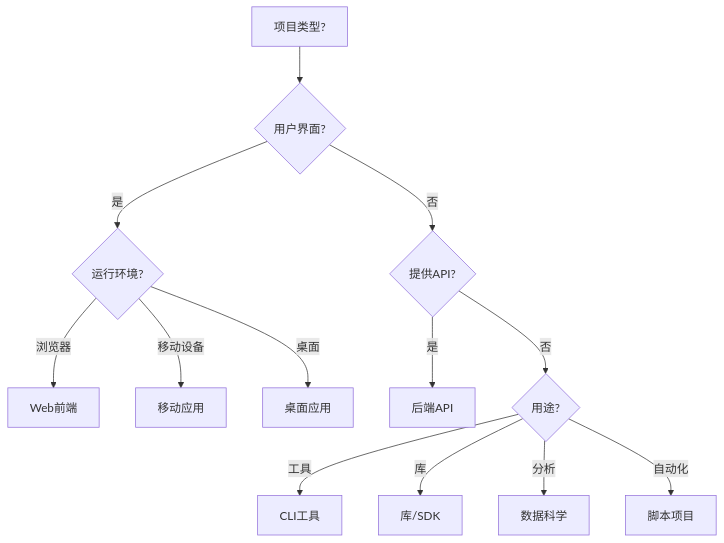
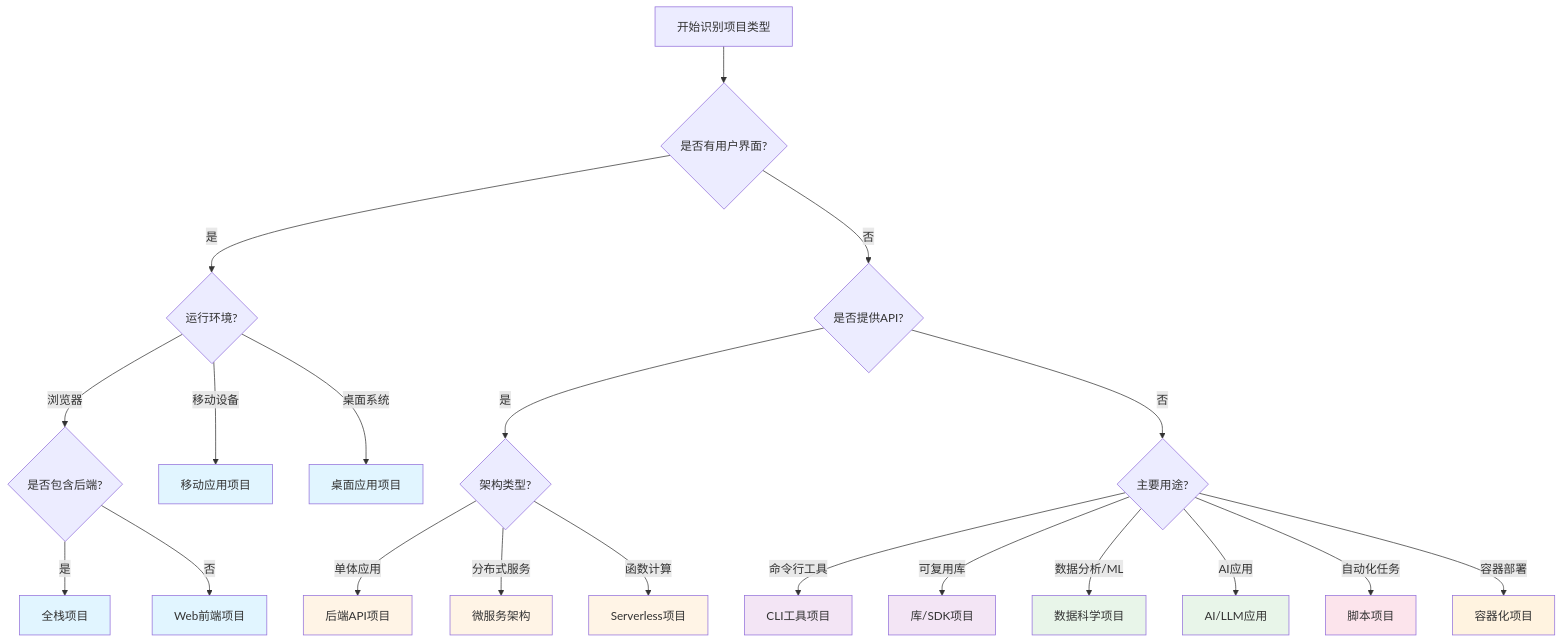
The first of 2 diagrams in core/project_types.md (zibuyu2015831/AI-Coding-Context), drawn with Mermaid before and after one commit. The commit also changed other lines of this file and 31 other files, not shown here.

`````diff
--- a/core/project_types.md
+++ b/core/project_types.md
@@ -432,17 +62,39 @@
 ```mermaid
 graph TD
-    A[项目类型?] --> B{用户界面?}
-    B -->|是| C{运行环境?}
-    C -->|浏览器| D[Web前端]
-    C -->|移动设备| E[移动应用]
-    C -->|桌面| F[桌面应用]
-
-    B -->|否| G{提供API?}
-    G -->|是| H[后端API]
-    G -->|否| I{用途?}
-
-    I -->|工具| J[CLI工具]
-    I -->|库| K[库/SDK]
-    I -->|分析| L[数据科学]
-    I -->|自动化| M[脚本项目]
-````
+    Start[开始识别项目类型] --> HasUI{是否有用户界面?}
+    
+    HasUI -->|是| UIType{运行环境?}
+    UIType -->|浏览器| WebCheck{是否包含后端?}
+    WebCheck -->|是| Fullstack[全栈项目]
+    WebCheck -->|否| Frontend[Web前端项目]
+    UIType -->|移动设备| Mobile[移动应用项目]
+    UIType -->|桌面系统| Desktop[桌面应用项目]
+    
+    HasUI -->|否| BackendCheck{是否提供API?}
+    BackendCheck -->|是| ServiceType{架构类型?}
+    ServiceType -->|单体应用| Backend[后端API项目]
+    ServiceType -->|分布式服务| Microservices[微服务架构]
+    ServiceType -->|函数计算| Serverless[Serverless项目]
+    
+    BackendCheck -->|否| Purpose{主要用途?}
+    Purpose -->|命令行工具| CLI[CLI工具项目]
+    Purpose -->|可复用库| Library[库/SDK项目]
+    Purpose -->|数据分析/ML| DataScience[数据科学项目]
+    Purpose -->|AI应用| AILLM[AI/LLM应用]
+    Purpose -->|自动化任务| Script[脚本项目]
+    Purpose -->|容器部署| Container[容器化项目]
+    
+    style Fullstack fill:#e1f5ff
+    style Frontend fill:#e1f5ff
+    style Mobile fill:#e1f5ff
+    style Desktop fill:#e1f5ff
+    style Backend fill:#fff4e6
+    style Microservices fill:#fff4e6
+    style Serverless fill:#fff4e6
+    style CLI fill:#f3e5f5
+    style Library fill:#f3e5f5
+    style DataScience fill:#e8f5e9
+    style AILLM fill:#e8f5e9
+    style Script fill:#fce4ec
+    style Container fill:#fff3e0
+```
`````
